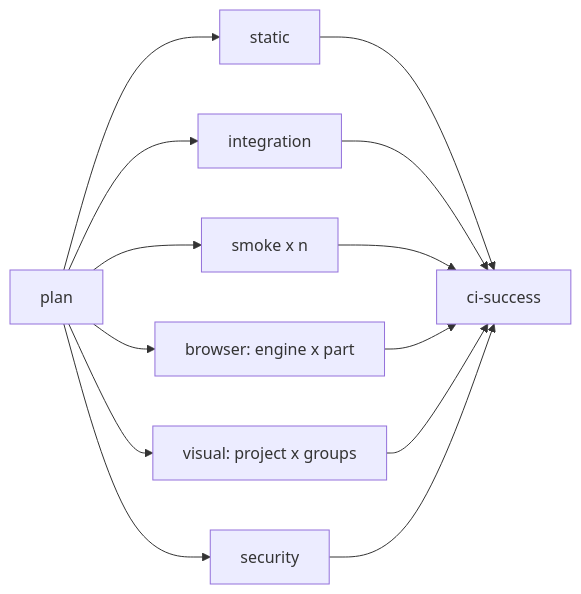
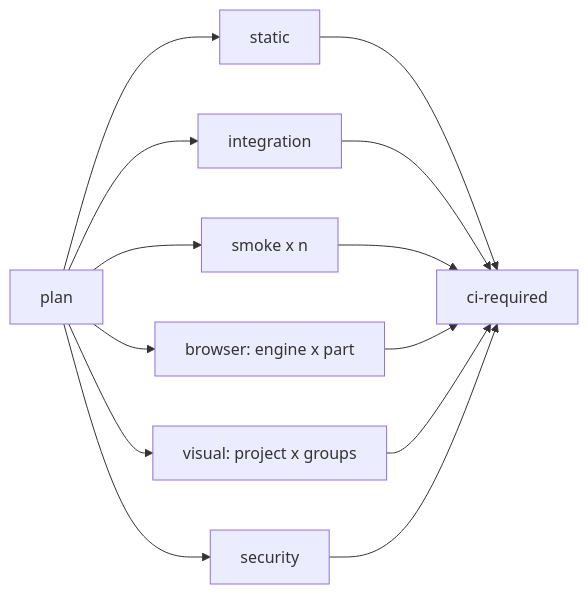
One commit to abraham/dieselpunk changed the diagram in specs/ci.md. Above: the diagram before and after it, drawn with Mermaid. The commit also changed other lines of this file and 11 other files, not shown here.

````diff
--- a/specs/ci.md
+++ b/specs/ci.md
@@ -26,11 +26,11 @@
 ```mermaid
 flowchart LR
   plan[plan] --> static & integration & smoke & browser & visual & security
   static[static]
   integration[integration]
   smoke[smoke x n]
   browser[browser: engine x part]
   visual[visual: project x groups]
   security[security]
-  static & integration & smoke & browser & visual & security --> ok[ci-success]
+  static & integration & smoke & browser & visual & security --> ok[ci-required]
 ```
````
